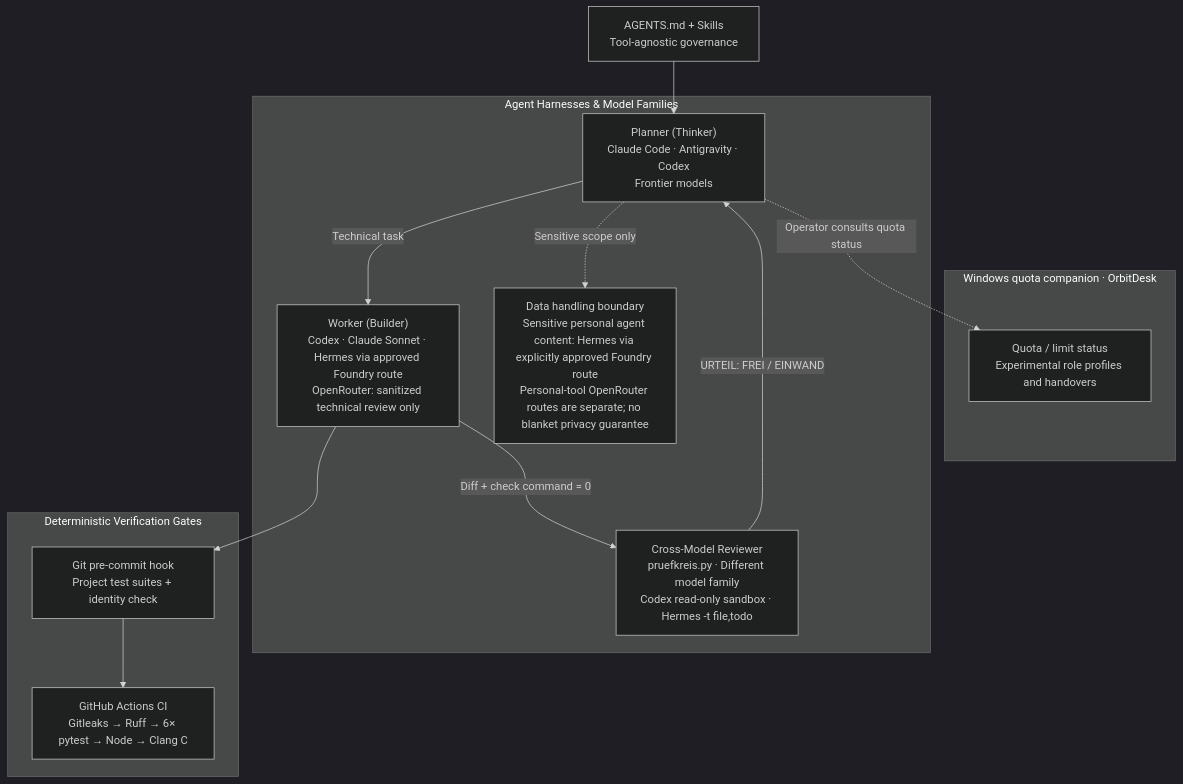
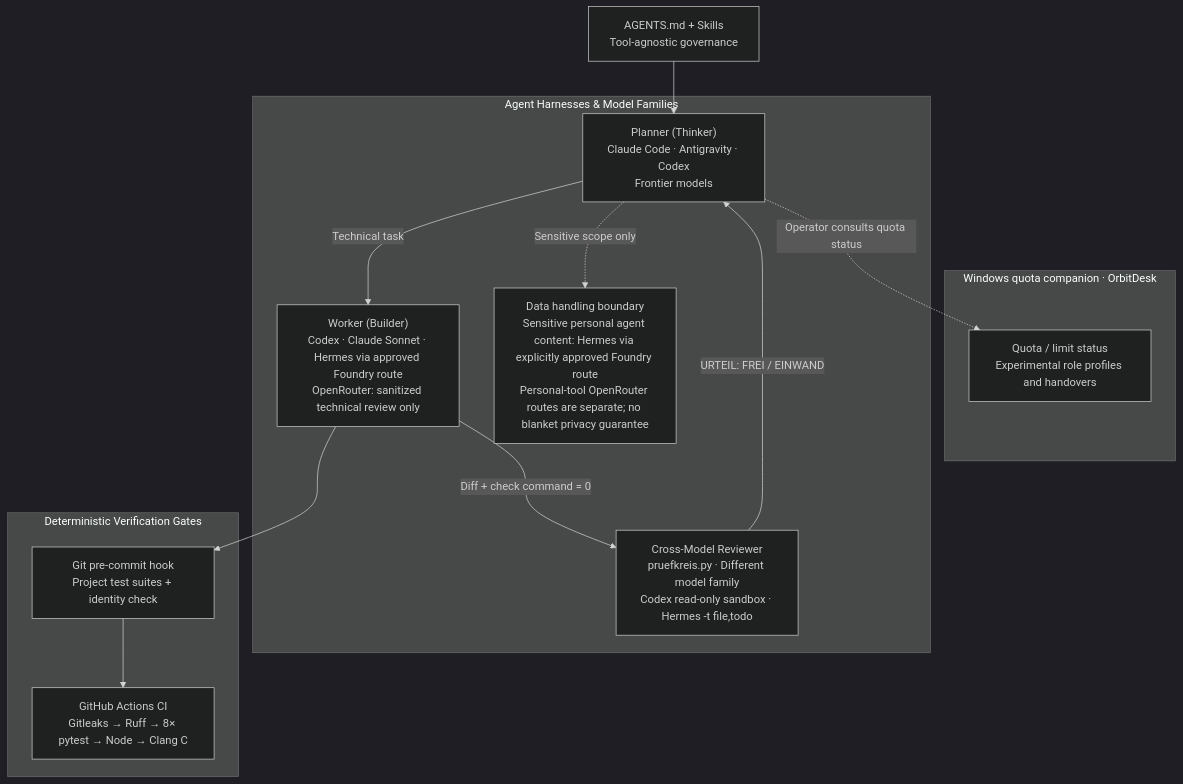
The second of 2 diagrams in README.md (HeartledAgentEngineer/agentic-ai-software-engineering), drawn with Mermaid (dark theme) before and after one commit. The commit also changed other lines of this file and 26 other files, not shown here.

````diff
--- a/README.md
+++ b/README.md
@@ -91,24 +91,24 @@
 ```mermaid
 flowchart TB
     subgraph Companion["Windows quota companion · OrbitDesk"]
         OD["Quota / limit status<br/>Experimental role profiles and handovers"]
     end
     RULES["AGENTS.md + Skills<br/>Tool-agnostic governance"]
     subgraph Harnesses["Agent Harnesses & Model Families"]
         PLAN["Planner (Thinker)<br/>Claude Code · Antigravity · Codex<br/>Frontier models"]
         WORK["Worker (Builder)<br/>Codex · Claude Sonnet · Hermes via approved Foundry route<br/>OpenRouter: sanitized technical review only"]
         REV["Cross-Model Reviewer<br/>pruefkreis.py · Different model family<br/>Codex read-only sandbox · Hermes -t file,todo"]
         PRIV["Data handling boundary<br/>Sensitive personal agent content: Hermes via explicitly approved Foundry route<br/>Personal-tool OpenRouter routes are separate; no blanket privacy guarantee"]
     end
     subgraph Gates["Deterministic Verification Gates"]
         HOOK["Git pre-commit hook<br/>Project test suites + identity check"]
-        CI["GitHub Actions CI<br/>Gitleaks → Ruff → 6× pytest → Node → Clang C"]
+        CI["GitHub Actions CI<br/>Gitleaks → Ruff → 8× pytest → Node → Clang C"]
     end
     PLAN -.->|Operator consults quota status| OD
     RULES --> PLAN
     PLAN -->|Technical task| WORK
     WORK -->|Diff + check command = 0| REV
     REV -->|URTEIL: FREI / EINWAND| PLAN
     PLAN -.->|Sensitive scope only| PRIV
     WORK --> HOOK --> CI
 ```
````
